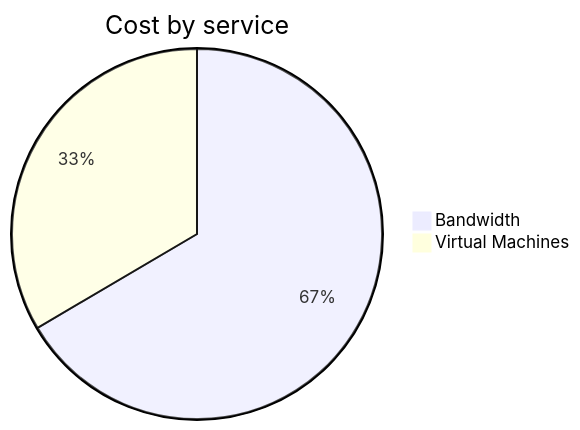
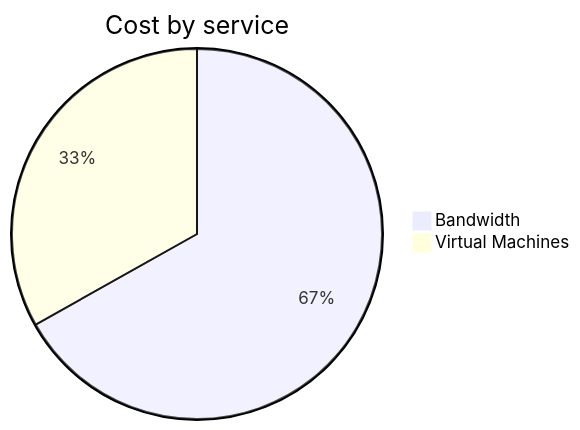
Before and after one commit to jpfulton/azure-personal-reports: the second of 4 diagrams in cost-reports/personal-network/vpn-server.md, drawn with Mermaid. The commit also changed other lines of this file and 8 other files, not shown here.

````diff
--- a/cost-reports/personal-network/vpn-server.md
+++ b/cost-reports/personal-network/vpn-server.md
@@ -96,6 +96,6 @@
 ```mermaid
 pie
    title Cost by service
-   "Bandwidth" : 9.96
-   "Virtual Machines" : 5.01
+   "Bandwidth" : 10.45
+   "Virtual Machines" : 5.18
 ```
````
